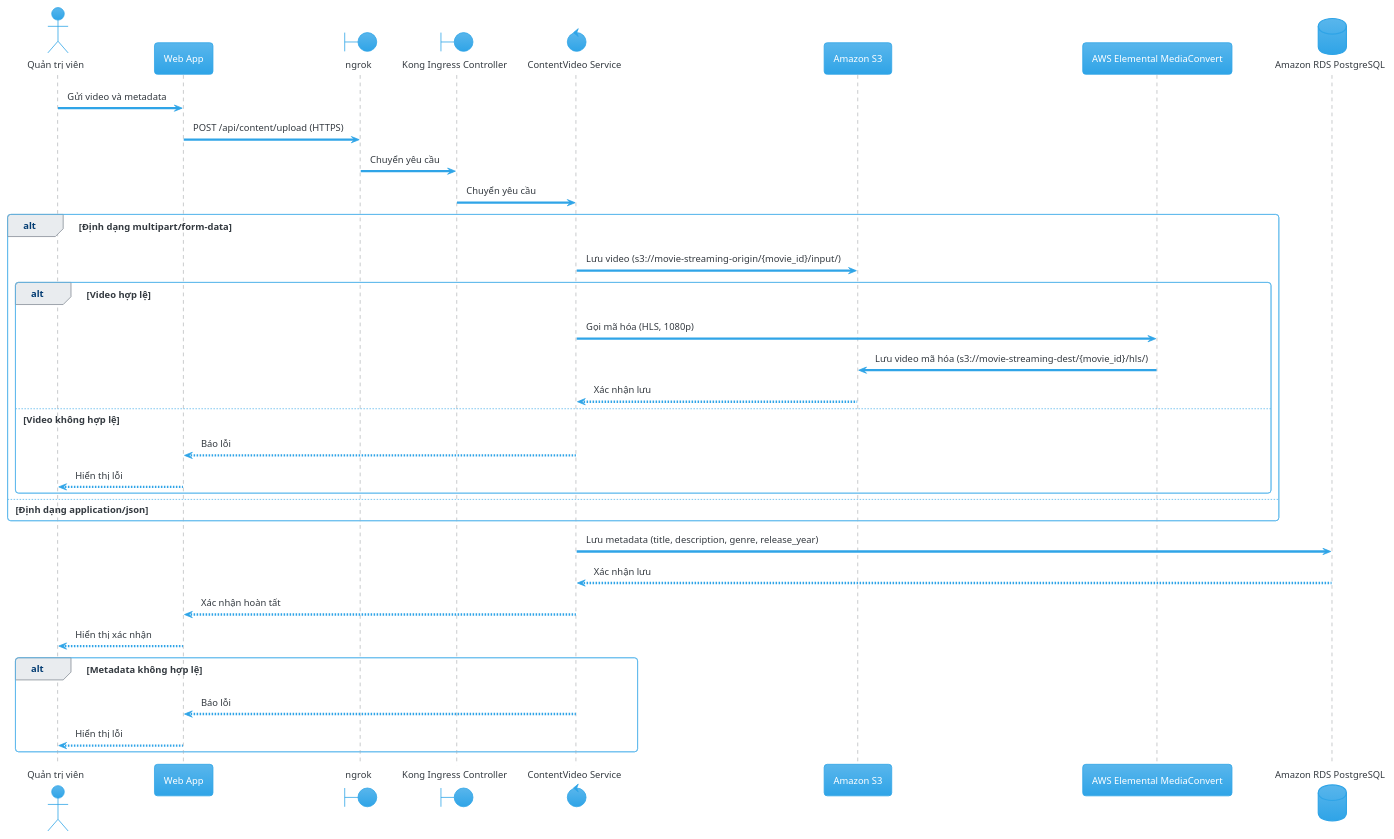
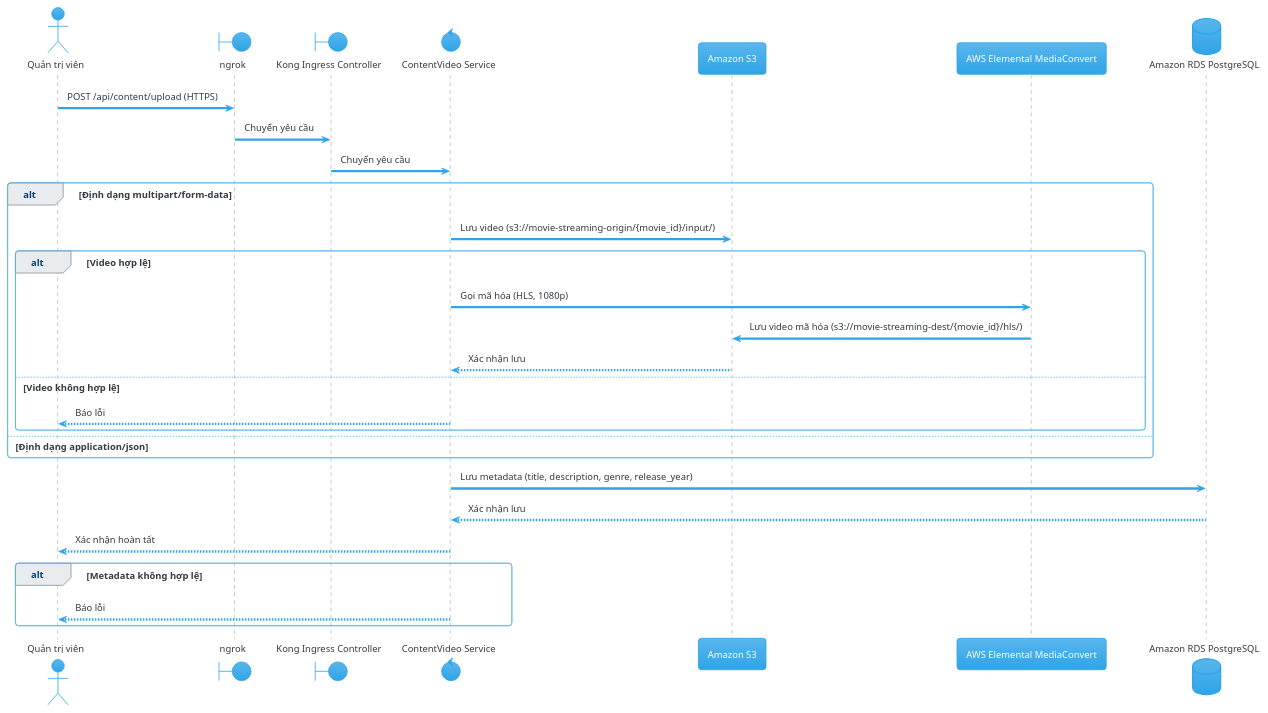
One commit to yacucdeptrai/movie-streaming-app changed the diagram in sq_contentmanage.plantuml. Above: the diagram before and after it, drawn with PlantUML. The commit also changed 3 other files, not shown here.

```diff
--- a/sq_contentmanage.plantuml
+++ b/sq_contentmanage.plantuml
@@ -1,43 +1,38 @@
 @startuml
 !theme cerulean
 
 actor "Quản trị viên" as Admin
-participant "Web App" as FE
 boundary "ngrok" as ngrok
 boundary "Kong Ingress Controller" as KG
 control "ContentVideo Service" as CVS
 participant "Amazon S3" as S3
 participant "AWS Elemental MediaConvert" as MC
 database "Amazon RDS PostgreSQL" as PG
 
 ' Upload video và metadata
-Admin -> FE: Gửi video và metadata
-FE -> ngrok: POST /api/content/upload (HTTPS)
+Admin -> ngrok: POST /api/content/upload (HTTPS)
 ngrok -> KG: Chuyển yêu cầu
 KG -> CVS: Chuyển yêu cầu
 alt Định dạng multipart/form-data
     CVS -> S3: Lưu video (s3://movie-streaming-origin/{movie_id}/input/)
     alt Video hợp lệ
         CVS -> MC: Gọi mã hóa (HLS, 1080p)
         MC -> S3: Lưu video mã hóa (s3://movie-streaming-dest/{movie_id}/hls/)
         S3 --> CVS: Xác nhận lưu
     else Video không hợp lệ
-        CVS --> FE: Báo lỗi
-        FE --> Admin: Hiển thị lỗi
+        CVS --> Admin: Báo lỗi
     end alt
 else Định dạng application/json
     note right: Chỉ lưu metadata, không upload file
 end alt
 
 ' Lưu metadata vào RDS
 CVS -> PG: Lưu metadata (title, description, genre, release_year)
 PG --> CVS: Xác nhận lưu
-CVS --> FE: Xác nhận hoàn tất
-FE --> Admin: Hiển thị xác nhận
+CVS --> Admin: Xác nhận hoàn tất
 
 alt Metadata không hợp lệ
-    CVS --> FE: Báo lỗi
-    FE --> Admin: Hiển thị lỗi
+    CVS --> Admin: Báo lỗi
 end alt
 
 @enduml
```
